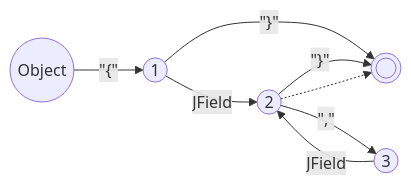
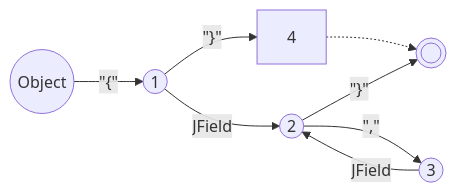
One commit to vczh-websites/vczh changed the second of 2 diagrams in Blog/GLR-Refactoring/Mermaid.md. Above: the diagram before and after it, drawn with Mermaid. The commit also changed 1 other file, not shown here.

````diff
--- a/Blog/GLR-Refactoring/Mermaid.md
+++ b/Blog/GLR-Refactoring/Mermaid.md
@@ -22,10 +22,10 @@
 ```mermaid
 graph LR
   S((Object))-- #quot;{#quot; -->1
-  1((1))-- #quot;}#quot; -->E((( )))
+  1((1))-- #quot;}#quot; -->4
   1-- JField -->2
   2((2))-- #quot;}#quot; -->E
   2-- #quot;,#quot; -->3
   3((3))-- JField -->2
-  2-.->E((( )))
+  4-.->E((( )))
 ```
````
